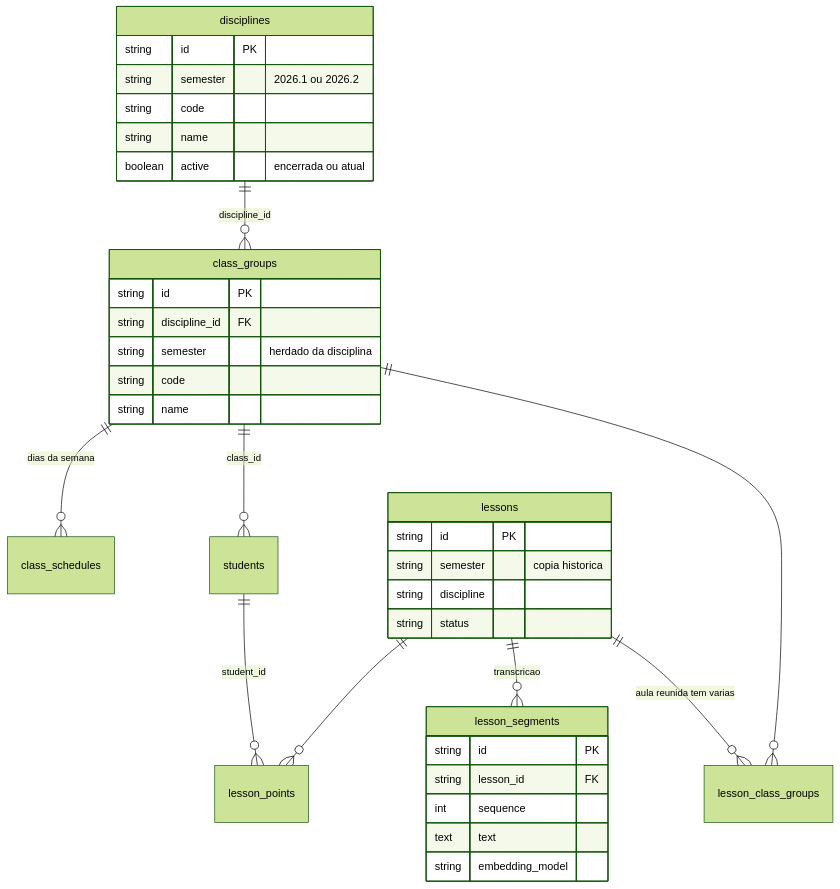
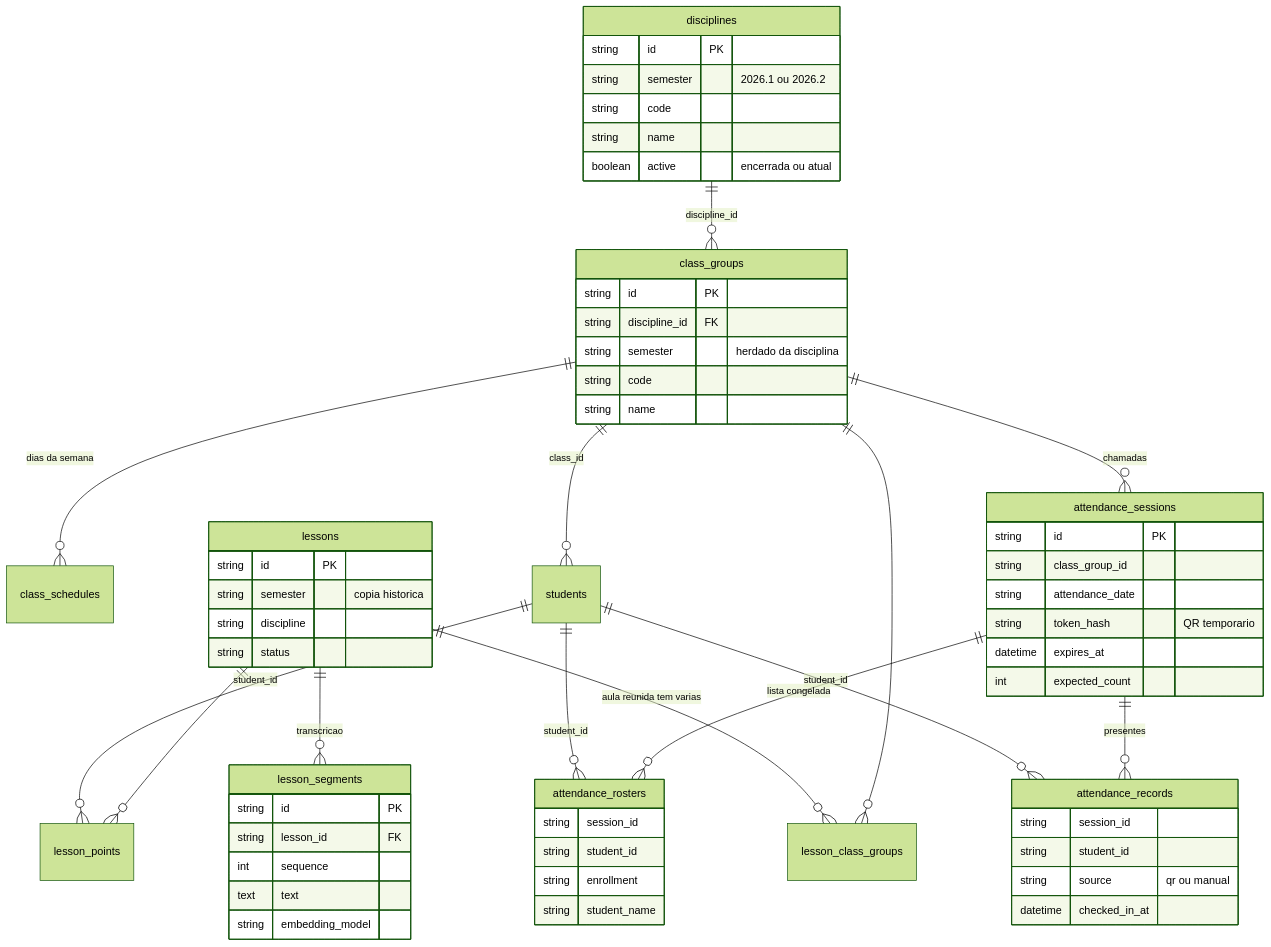
Before and after one commit to m4n1nh0/assistant_app: the fifth of 7 diagrams in README.md, drawn with Mermaid (forest theme). The commit also changed other lines of this file and 14 other files, not shown here.

````diff
--- a/README.md
+++ b/README.md
@@ -358,39 +358,64 @@
 ```mermaid
 erDiagram
     disciplines ||--o{ class_groups : "discipline_id"
     class_groups ||--o{ class_schedules : "dias da semana"
     class_groups ||--o{ students : "class_id"
     class_groups ||--o{ lesson_class_groups : ""
     lessons ||--o{ lesson_class_groups : "aula reunida tem varias"
     lessons ||--o{ lesson_segments : "transcricao"
     lessons ||--o{ lesson_points : ""
     students ||--o{ lesson_points : "student_id"
+    class_groups ||--o{ attendance_sessions : "chamadas"
+    attendance_sessions ||--o{ attendance_rosters : "lista congelada"
+    attendance_sessions ||--o{ attendance_records : "presentes"
+    students ||--o{ attendance_rosters : "student_id"
+    students ||--o{ attendance_records : "student_id"
 
     disciplines {
         string id PK
         string semester "2026.1 ou 2026.2"
         string code
         string name
         boolean active "encerrada ou atual"
     }
     class_groups {
         string id PK
         string discipline_id FK
         string semester "herdado da disciplina"
         string code
         string name
     }
     lessons {
         string id PK
         string semester "copia historica"
         string discipline
         string status
     }
     lesson_segments {
         string id PK
         string lesson_id FK
         int sequence
         text text
         string embedding_model
     }
+    attendance_sessions {
+        string id PK
+        string class_group_id
+        string attendance_date
+        string token_hash "QR temporario"
+        datetime expires_at
+        int expected_count
+    }
+    attendance_rosters {
+        string session_id
+        string student_id
+        string enrollment
+        string student_name
+    }
+    attendance_records {
+        string session_id
+        string student_id
+        string source "qr ou manual"
+        datetime checked_in_at
+    }
 ```
````
